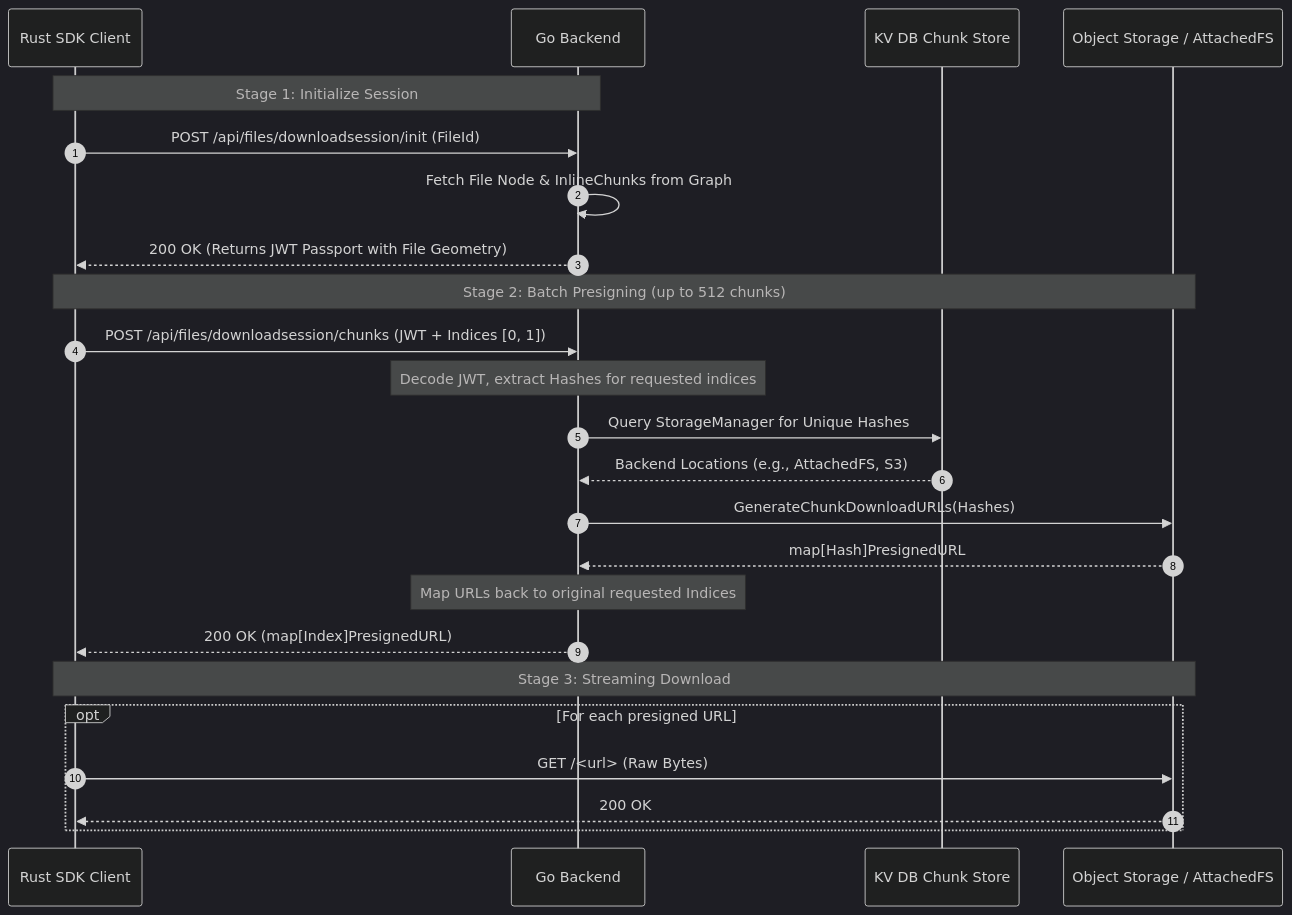
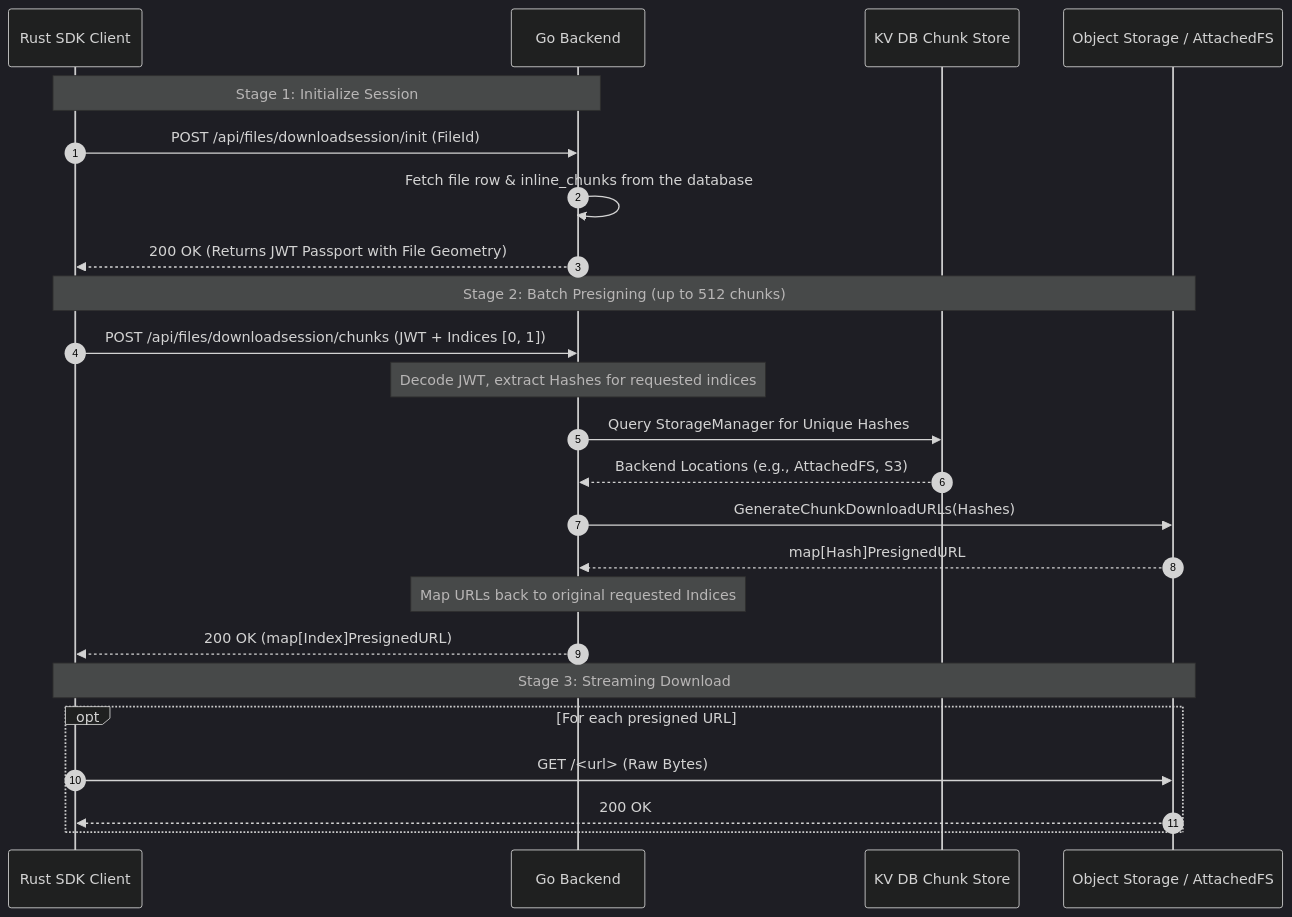
The diagram in docs/content/docs/(contributors)/e2e-flows/download-sessions.mdx (platrium-app/platrium), drawn with Mermaid (dark theme) before and after one commit. The commit also changed other lines of this file and 75 other files, not shown here.

````diff
--- a/docs/content/docs/(contributors)/e2e-flows/download-sessions.mdx
+++ b/docs/content/docs/(contributors)/e2e-flows/download-sessions.mdx
@@ -18,29 +18,29 @@
 ```mermaid
 sequenceDiagram
     autonumber
     participant C as Rust SDK Client
     participant A as Go Backend
     participant DB as KV DB Chunk Store
     participant S3 as Object Storage / AttachedFS
 
     note over C, A: Stage 1: Initialize Session
     C->>A: POST /api/files/downloadsession/init (FileId)
-    A->>A: Fetch File Node & InlineChunks from Graph
+    A->>A: Fetch file row & inline_chunks from the database
     A-->>C: 200 OK (Returns JWT Passport with File Geometry)
     
     note over C, S3: Stage 2: Batch Presigning (up to 512 chunks)
     C->>A: POST /api/files/downloadsession/chunks (JWT + Indices [0, 1])
     note over A: Decode JWT, extract Hashes for requested indices
     A->>DB: Query StorageManager for Unique Hashes
     DB-->>A: Backend Locations (e.g., AttachedFS, S3)
     A->>S3: GenerateChunkDownloadURLs(Hashes)
     S3-->>A: map[Hash]PresignedURL
     note over A: Map URLs back to original requested Indices
     A-->>C: 200 OK (map[Index]PresignedURL)
 
     note over C, S3: Stage 3: Streaming Download
     opt For each presigned URL
         C->>S3: GET /<url> (Raw Bytes)
         S3-->>C: 200 OK
     end
 ```
````
